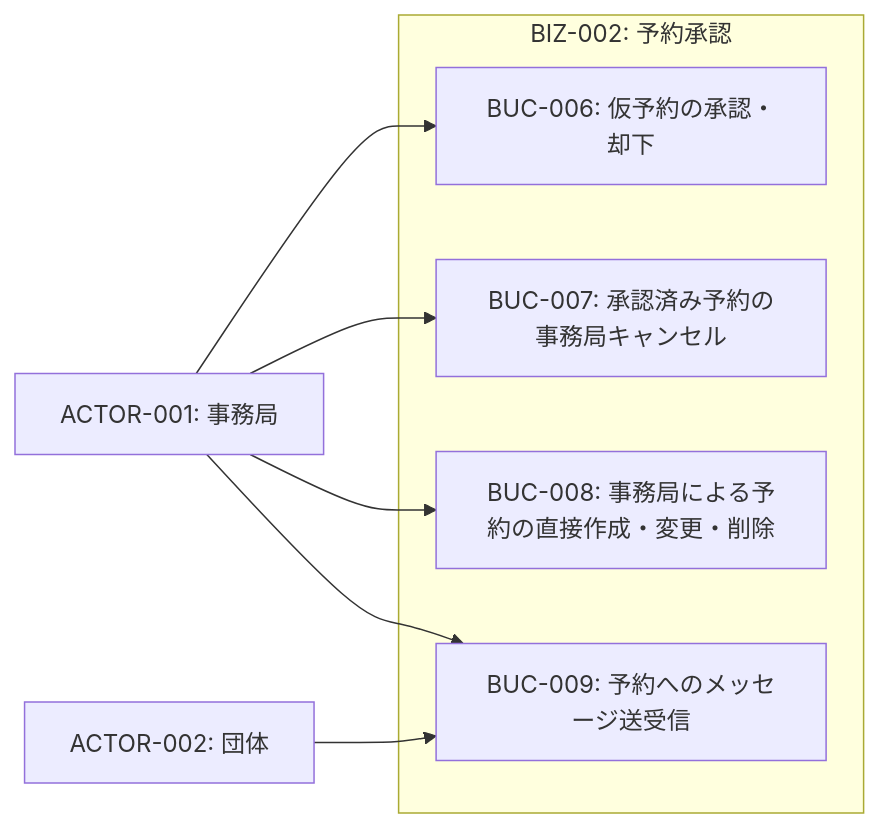
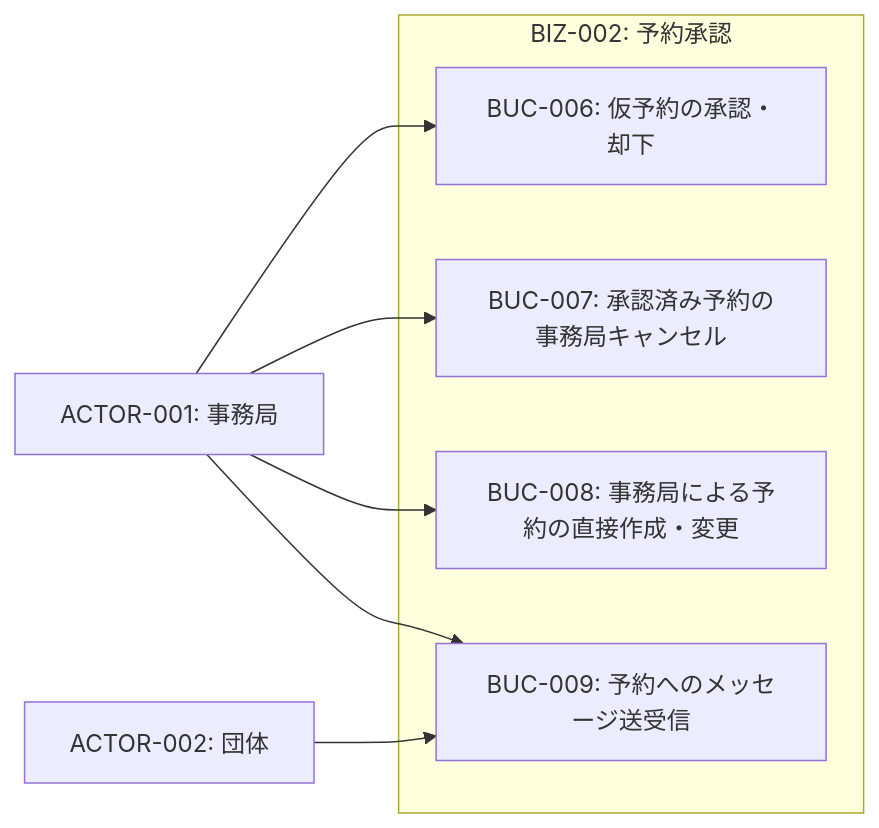
Before and after one commit to gdsc-osaka/iclub-reserve: the first of 3 diagrams in rdra/contexts/reservation-approval.md, drawn with Mermaid. The commit also changed other lines of this file and 13 other files, not shown here.

````diff
--- a/rdra/contexts/reservation-approval.md
+++ b/rdra/contexts/reservation-approval.md
@@ -149,18 +154,18 @@
 ```mermaid
 graph LR
     actor1["ACTOR-001: 事務局"]
     actor2["ACTOR-002: 団体"]
 
     subgraph biz2["BIZ-002: 予約承認"]
         buc6["BUC-006: 仮予約の承認・却下"]
         buc7["BUC-007: 承認済み予約の事務局キャンセル"]
-        buc8["BUC-008: 事務局による予約の直接作成・変更・削除"]
+        buc8["BUC-008: 事務局による予約の直接作成・変更"]
         buc9["BUC-009: 予約へのメッセージ送受信"]
     end
 
     actor1 --> buc6
     actor1 --> buc7
     actor1 --> buc8
     actor1 --> buc9
     actor2 --> buc9
 ```
````
